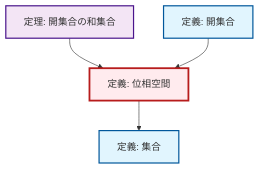
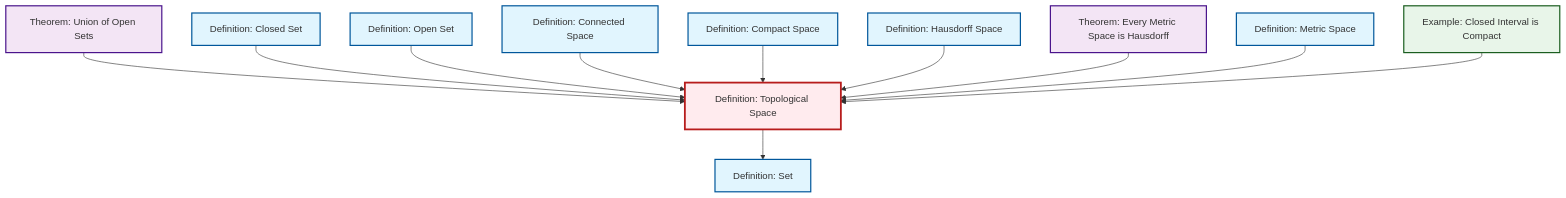
The diagram in content/ja/topology/def-topological-space.qmd (RK0429/ModernMath), drawn with Mermaid before and after one commit. The commit also changed 203 other files, not shown here.

````diff
--- a/content/ja/topology/def-topological-space.qmd
+++ b/content/ja/topology/def-topological-space.qmd
@@ -60,21 +60,31 @@
 ```{mermaid}
-%%| fig-cap: "局所依存グラフ"
+%%| fig-cap: "Local dependency graph"
 graph TD
     classDef definition fill:#e1f5fe,stroke:#01579b,stroke-width:2px
     classDef theorem fill:#f3e5f5,stroke:#4a148c,stroke-width:2px
     classDef axiom fill:#fff3e0,stroke:#e65100,stroke-width:2px
     classDef example fill:#e8f5e9,stroke:#1b5e20,stroke-width:2px
     classDef current fill:#ffebee,stroke:#b71c1c,stroke-width:3px
-    def-set["定義: 集合"]:::definition
-    def-open-set["定義: 開集合"]:::definition
-    def-topological-space["定義: 位相空間"]:::definition
-    thm-union-open-sets["定理: 開集合の和集合"]:::theorem
+    def-topological-space["Definition: Topological Space"]:::definition
+    def-closed-set["Definition: Closed Set"]:::definition
+    def-open-set["Definition: Open Set"]:::definition
+    ex-closed-interval-compact["Example: Closed Interval is Compact"]:::example
+    def-set["Definition: Set"]:::definition
+    thm-metric-hausdorff["Theorem: Every Metric Space is Hausdorff"]:::theorem
+    def-hausdorff["Definition: Hausdorff Space"]:::definition
+    thm-union-open-sets["Theorem: Union of Open Sets"]:::theorem
+    def-connected["Definition: Connected Space"]:::definition
+    def-compact["Definition: Compact Space"]:::definition
+    def-metric-space["Definition: Metric Space"]:::definition
     thm-union-open-sets --> def-topological-space
+    def-closed-set --> def-topological-space
+    def-open-set --> def-topological-space
+    def-connected --> def-topological-space
+    def-compact --> def-topological-space
+    def-hausdorff --> def-topological-space
+    thm-metric-hausdorff --> def-topological-space
     def-topological-space --> def-set
-    def-open-set --> def-topological-space
+    def-metric-space --> def-topological-space
+    ex-closed-interval-compact --> def-topological-space
     class def-topological-space current
-
-    click def-set "def-set.html" "Go to 定義: 集合"
-    click def-open-set "def-open-set.html" "Go to 定義: 開集合"
-    click thm-union-open-sets "thm-union-open-sets.html" "Go to 定理: 開集合の和集合"
 ```
````
